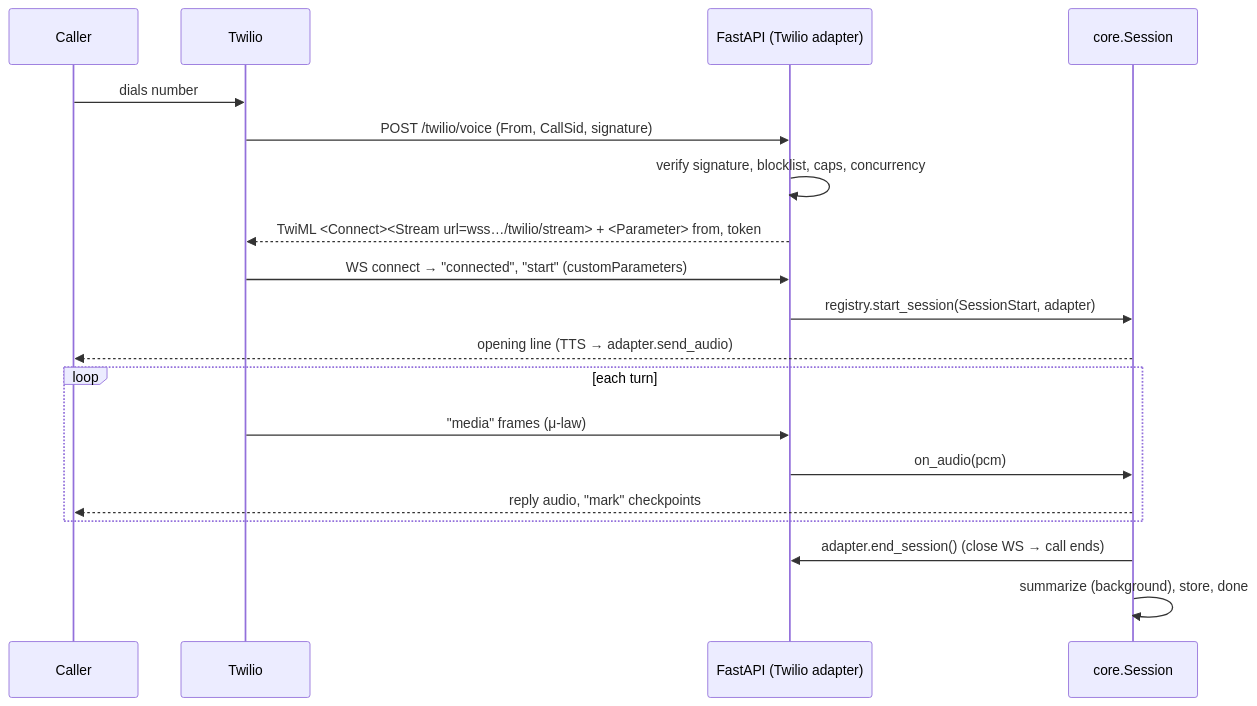
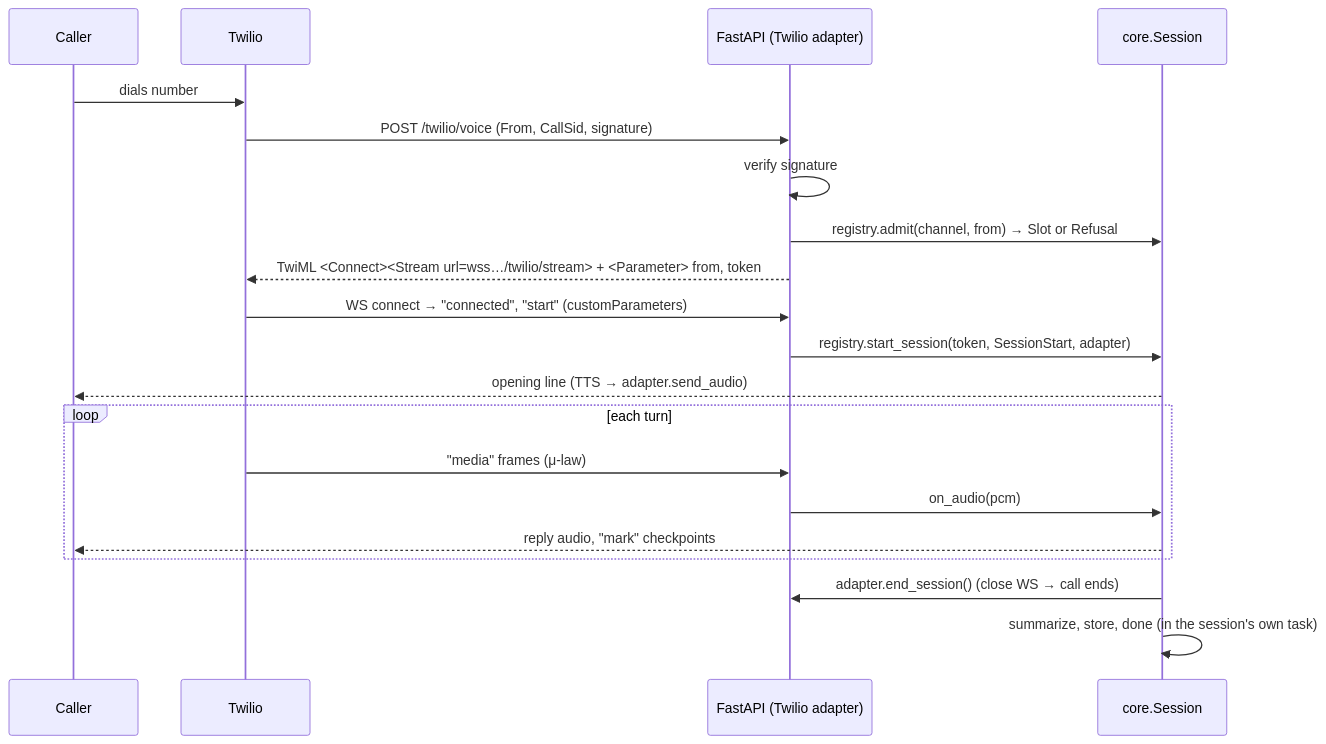
The first of 2 diagrams in docs/technical-design.md (thanoojrao/voice-agent), drawn with Mermaid before and after one commit. The commit also changed other lines of this file and 1 other file, not shown here.

````diff
--- a/docs/technical-design.md
+++ b/docs/technical-design.md
@@ -211,21 +213,22 @@
 ```mermaid
 sequenceDiagram
     participant Caller
     participant Twilio
     participant API as FastAPI (Twilio adapter)
     participant Core as core.Session
     Caller->>Twilio: dials number
     Twilio->>API: POST /twilio/voice (From, CallSid, signature)
-    API->>API: verify signature, blocklist, caps, concurrency
+    API->>API: verify signature
+    API->>Core: registry.admit(channel, from) → Slot or Refusal
     API-->>Twilio: TwiML <Connect><Stream url=wss…/twilio/stream> + <Parameter> from, token
     Twilio->>API: WS connect → "connected", "start" (customParameters)
-    API->>Core: registry.start_session(SessionStart, adapter)
+    API->>Core: registry.start_session(token, SessionStart, adapter)
     Core-->>Caller: opening line (TTS → adapter.send_audio)
     loop each turn
         Twilio->>API: "media" frames (μ-law)
         API->>Core: on_audio(pcm)
         Core-->>Caller: reply audio, "mark" checkpoints
     end
     Core->>API: adapter.end_session() (close WS → call ends)
-    Core->>Core: summarize (background), store, done
+    Core->>Core: summarize, store, done (in the session's own task)
 ```
````
